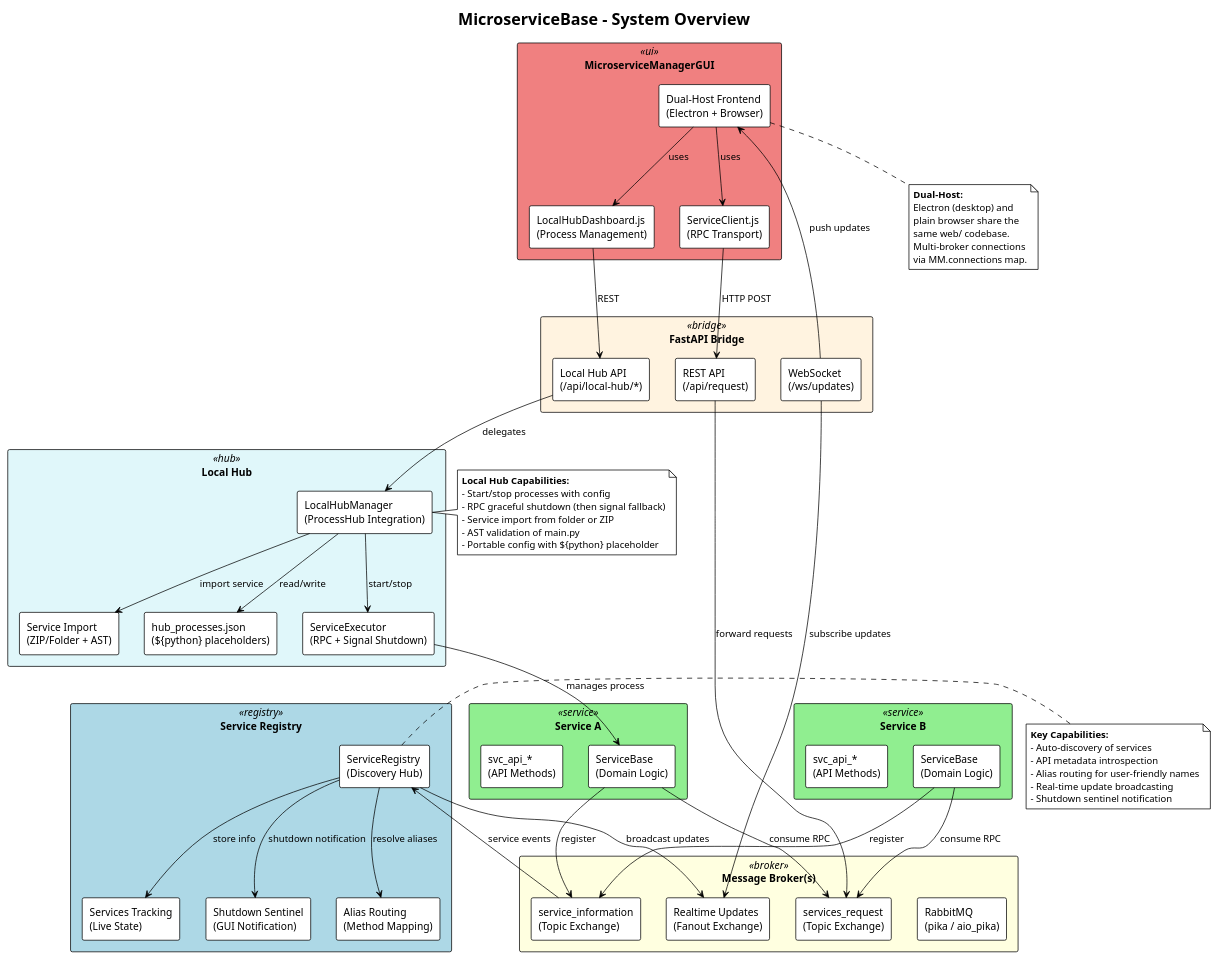
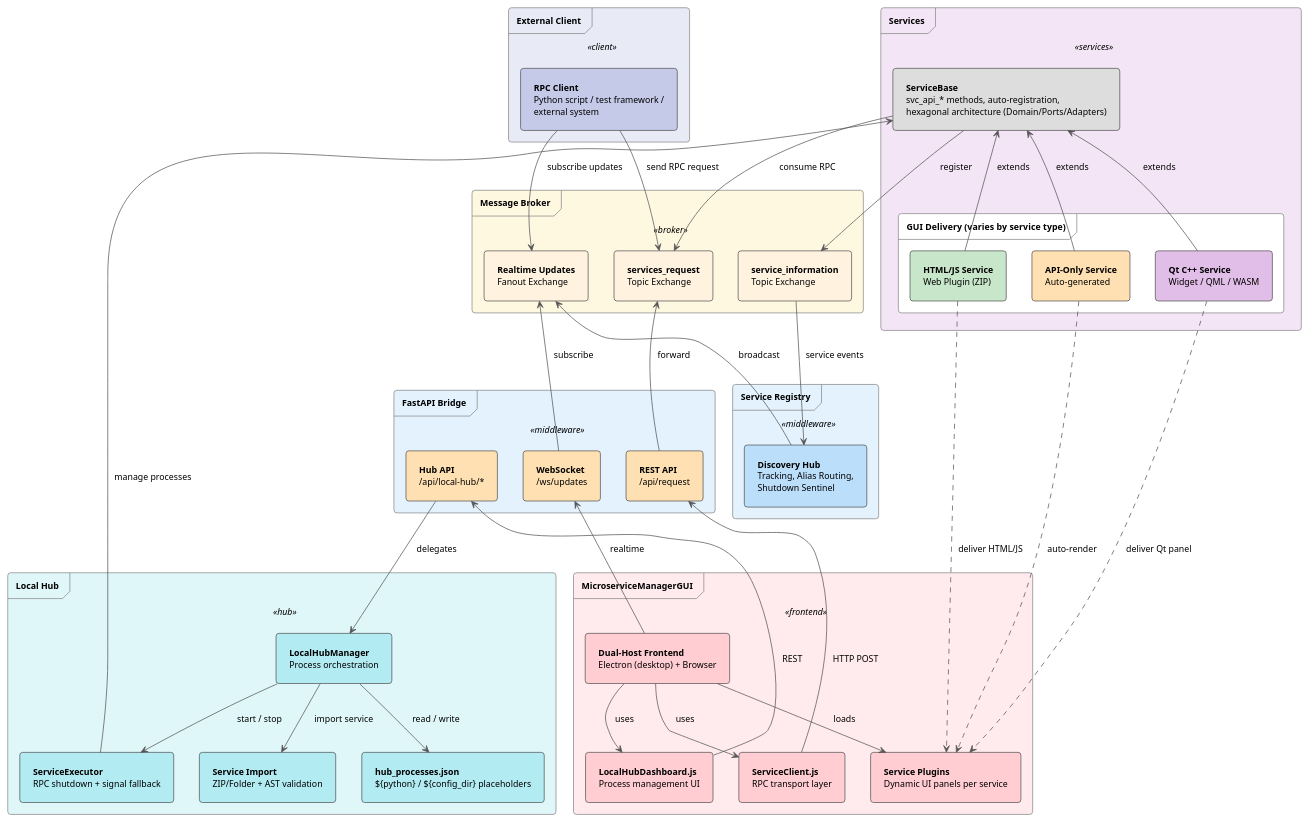
The diagram in docs/diagrams/overview.puml (test-fullautomation/python-microservice-base), drawn with PlantUML before and after one commit. The commit also changed 3 other files, not shown here.

Commit message:
-Update adr and diagrams

```diff
--- a/docs/diagrams/overview.puml
+++ b/docs/diagrams/overview.puml
@@ -1,117 +1,152 @@
 @startuml overview
 !theme plain
-title MicroserviceBase - System Overview
 
-skinparam rectangle {
-    BackgroundColor<<registry>> LightBlue
-    BackgroundColor<<service>> LightGreen
-    BackgroundColor<<broker>> LightYellow
-    BackgroundColor<<ui>> LightCoral
-    BackgroundColor<<hub>> #e0f7fa
-    BackgroundColor<<bridge>> #fff3e0
+top to bottom direction
+
+skinparam {
+    ComponentStyle rectangle
+    ComponentBorderColor #555
+    ComponentFontSize 13
+    PackageBorderColor #888
+    PackageFontSize 14
+    PackageStyle frame
+    ArrowColor #555
+    ArrowFontSize 11
+    NoteBorderColor #aaa
+    NoteBackgroundColor #FFFFEE
+    NoteFontSize 11
+    DefaultFontSize 12
+    Padding 8
+    RoundCorner 8
 }
 
-rectangle "Service Registry" <<registry>> {
-    rectangle "ServiceRegistry\n(Discovery Hub)" as registry_core
-    rectangle "Alias Routing\n(Method Mapping)" as alias
-    rectangle "Services Tracking\n(Live State)" as tracking
-    rectangle "Shutdown Sentinel\n(GUI Notification)" as sentinel
+skinparam package {
+    BackgroundColor<<services>> #F3E5F5
+    BackgroundColor<<broker>> #FFF8E1
+    BackgroundColor<<middleware>> #E3F2FD
+    BackgroundColor<<frontend>> #FFEBEE
+    BackgroundColor<<hub>> #E0F7FA
+    BackgroundColor<<client>> #E8EAF6
 }
 
-rectangle "Message Broker(s)" <<broker>> {
-    rectangle "RabbitMQ\n(pika / aio_pika)" as rabbitmq
-    rectangle "service_information\n(Topic Exchange)" as info_exchange
-    rectangle "services_request\n(Topic Exchange)" as req_exchange
-    rectangle "Realtime Updates\n(Fanout Exchange)" as update_exchange
+' ══════════════════════════════════════════
+' LAYER 1: Services
+' ══════════════════════════════════════════
+
+package "Services" <<services>> {
+    component "**ServiceBase**\nsvc_api_* methods, auto-registration,\nhexagonal architecture (Domain/Ports/Adapters)" as svc_base #DDD
+
+    package "GUI Delivery  (varies by service type)" {
+        component "**Qt C++ Service**\nWidget / QML / WASM" as svc_qt #E1BEE7
+        component "**HTML/JS Service**\nWeb Plugin (ZIP)" as svc_html #C8E6C9
+        component "**API-Only Service**\nAuto-generated" as svc_auto #FFE0B2
+    }
+
+    svc_qt -up-> svc_base : extends
+    svc_html -up-> svc_base : extends
+    svc_auto -up-> svc_base : extends
 }
 
-rectangle "Service A" <<service>> {
-    rectangle "ServiceBase\n(Domain Logic)" as svc_a
-    rectangle "svc_api_*\n(API Methods)" as api_a
+' ══════════════════════════════════════════
+' LAYER 1b: External RPC Client
+' ══════════════════════════════════════════
+
+package "External Client" <<client>> {
+    component "**RPC Client**\nPython script / test framework /\nexternal system" as rpc_client #C5CAE9
 }
 
-rectangle "Service B" <<service>> {
-    rectangle "ServiceBase\n(Domain Logic)" as svc_b
-    rectangle "svc_api_*\n(API Methods)" as api_b
+' ══════════════════════════════════════════
+' LAYER 2: Message Broker
+' ══════════════════════════════════════════
+
+package "Message Broker" <<broker>> {
+    component "**service_information**\nTopic Exchange" as ex_info #FFF3E0
+    component "**services_request**\nTopic Exchange" as ex_req #FFF3E0
+    component "**Realtime Updates**\nFanout Exchange" as ex_update #FFF3E0
 }
 
-rectangle "FastAPI Bridge" <<bridge>> {
-    rectangle "REST API\n(/api/request)" as rest_api
-    rectangle "WebSocket\n(/ws/updates)" as ws_api
-    rectangle "Local Hub API\n(/api/local-hub/*)" as hub_api
+' ══════════════════════════════════════════
+' LAYER 3: Registry + Bridge
+' ══════════════════════════════════════════
+
+together {
+    package "Service Registry" <<middleware>> {
+        component "**Discovery Hub**\nTracking, Alias Routing,\nShutdown Sentinel" as registry #BBDEFB
+    }
+
+    package "FastAPI Bridge" <<middleware>> {
+        component "**REST API**\n/api/request" as rest #FFE0B2
+        component "**WebSocket**\n/ws/updates" as ws #FFE0B2
+        component "**Hub API**\n/api/local-hub/*" as hub_api #FFE0B2
+    }
 }
 
-rectangle "Local Hub" <<hub>> {
-    rectangle "LocalHubManager\n(ProcessHub Integration)" as hub_mgr
-    rectangle "ServiceExecutor\n(RPC + Signal Shutdown)" as executor
-    rectangle "Service Import\n(ZIP/Folder + AST)" as importer
-    rectangle "hub_processes.json\n(${python} placeholders)" as hub_config
+' ══════════════════════════════════════════
+' LAYER 4: GUI
+' ══════════════════════════════════════════
+
+package "MicroserviceManagerGUI" <<frontend>> {
+    component "**Dual-Host Frontend**\nElectron (desktop) + Browser" as gui #FFCDD2
+    component "**ServiceClient.js**\nRPC transport layer" as gui_client #FFCDD2
+    component "**Service Plugins**\nDynamic UI panels per service" as gui_plugins #FFCDD2
+    component "**LocalHubDashboard.js**\nProcess management UI" as gui_hub #FFCDD2
+
+    gui -down-> gui_client : uses
+    gui -down-> gui_plugins : loads
+    gui -down-> gui_hub : uses
 }
 
-rectangle "MicroserviceManagerGUI" <<ui>> {
-    rectangle "Dual-Host Frontend\n(Electron + Browser)" as gui_frontend
-    rectangle "ServiceClient.js\n(RPC Transport)" as gui_client
-    rectangle "LocalHubDashboard.js\n(Process Management)" as gui_hub
+' ══════════════════════════════════════════
+' LAYER 5: Local Hub
+' ══════════════════════════════════════════
+
+package "Local Hub" <<hub>> {
+    component "**LocalHubManager**\nProcess orchestration" as hub_mgr #B2EBF2
+    component "**ServiceExecutor**\nRPC shutdown + signal fallback" as executor #B2EBF2
+    component "**Service Import**\nZIP/Folder + AST validation" as importer #B2EBF2
+    component "**hub_processes.json**\n${python} / ${config_dir} placeholders" as hub_config #B2EBF2
+
+    hub_mgr -down-> executor : start / stop
+    hub_mgr -down-> importer : import service
+    hub_mgr -down-> hub_config : read / write
 }
 
-' Service registration
-svc_a --> info_exchange : register
-svc_b --> info_exchange : register
-info_exchange --> registry_core : service events
+' ══════════════════════════════════════════
+' RELATIONSHIPS
+' ══════════════════════════════════════════
 
-' Service consumption
-svc_a --> req_exchange : consume RPC
-svc_b --> req_exchange : consume RPC
+' Services -> Broker (shared infrastructure via ServiceBase)
+svc_base -down-> ex_info : register
+svc_base -down-> ex_req : consume RPC
 
-' Registry tracking
-registry_core --> tracking : store info
-registry_core --> alias : resolve aliases
-registry_core --> update_exchange : broadcast updates
-registry_core --> sentinel : shutdown notification
+' External Client -> Broker
+rpc_client -down-> ex_req : send RPC request
+rpc_client -down-> ex_update : subscribe updates
 
-' GUI connections (via FastAPI Bridge)
-gui_client --> rest_api : HTTP POST
-gui_hub --> hub_api : REST
-gui_frontend --> gui_client : uses
-gui_frontend --> gui_hub : uses
-ws_api --> gui_frontend : push updates
+' Broker -> Registry
+ex_info -down-> registry : service events
 
-' FastAPI bridge to broker
-rest_api --> req_exchange : forward requests
-ws_api --> update_exchange : subscribe updates
+' Registry -> Broker (broadcast)
+registry -right-> ex_update : broadcast
 
-' Local Hub
-hub_api --> hub_mgr : delegates
-hub_mgr --> executor : start/stop
-hub_mgr --> importer : import service
-hub_mgr --> hub_config : read/write
-executor --> svc_a : manages process
+' Bridge <-> Broker
+rest -up-> ex_req : forward
+ws -up-> ex_update : subscribe
 
-note right of registry_core
-  **Key Capabilities:**
-  - Auto-discovery of services
-  - API metadata introspection
-  - Alias routing for user-friendly names
-  - Real-time update broadcasting
-  - Shutdown sentinel notification
-end note
+' GUI -> Bridge
+gui_client -up-> rest : HTTP POST
+gui -up-> ws : realtime
+gui_hub -up-> hub_api : REST
 
-note right of hub_mgr
-  **Local Hub Capabilities:**
-  - Start/stop processes with config
-  - RPC graceful shutdown (then signal fallback)
-  - Service import from folder or ZIP
-  - AST validation of main.py
-  - Portable config with ${python} placeholder
-end note
+' Bridge -> Hub
+hub_api -down-> hub_mgr : delegates
 
-note bottom of gui_frontend
-  **Dual-Host:**
-  Electron (desktop) and
-  plain browser share the
-  same web/ codebase.
-  Multi-broker connections
-  via MM.connections map.
-end note
+' Hub -> Services (process management)
+executor -up-> svc_base : manage processes
+
+' Service GUI delivery -> GUI plugins
+svc_qt ..down..> gui_plugins : deliver Qt panel
+svc_html ..down..> gui_plugins : deliver HTML/JS
+svc_auto ..down..> gui_plugins : auto-render
 
 @enduml
```
